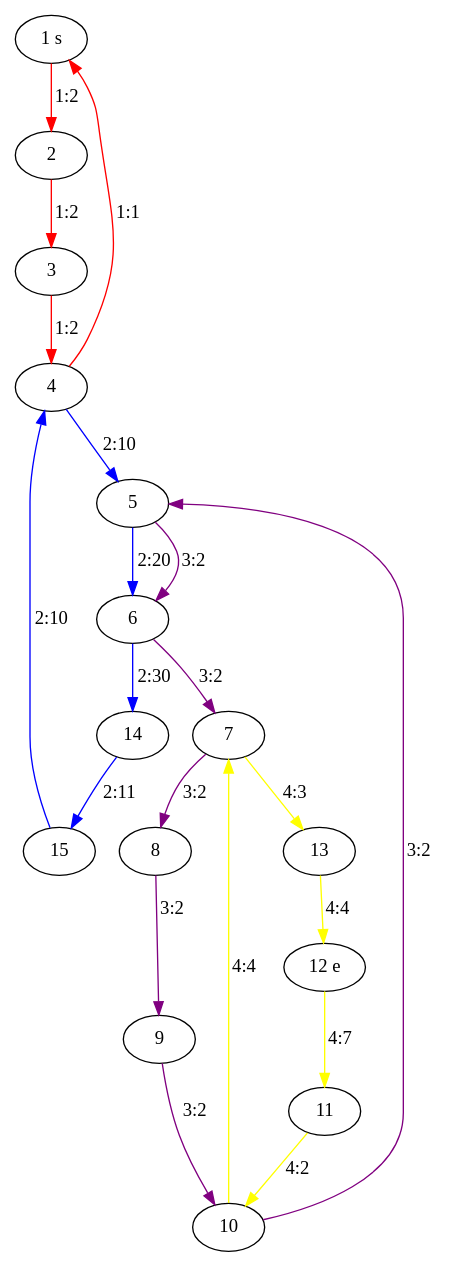
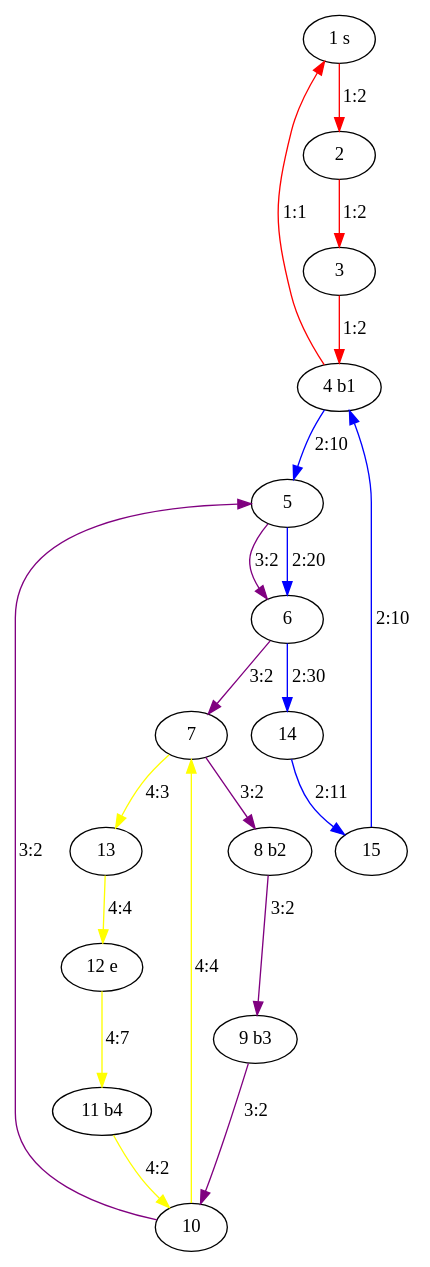
The diagram in instances/instance-10.gv (iagorrr/PDDL-joao-and-the-bus-domain), drawn with Graphviz before and after one commit. The commit also changed 21 other files, not shown here.

```diff
--- a/instances/instance-10.gv
+++ b/instances/instance-10.gv
@@ -1,37 +1,37 @@
 digraph "instance-10" {
 	1 [label="1 s"]
 	12 [label="12 e"]
+	4 [label="4 b1"]
+	8 [label="8 b2"]
+	9 [label="9 b3"]
+	11 [label="11 b4"]
 	2 [label=2]
 	1 -> 2 [label="1:2" color=red weight=2]
 	3 [label=3]
 	2 -> 3 [label="1:2" color=red weight=2]
-	4 [label=4]
 	3 -> 4 [label="1:2" color=red weight=2]
 	4 -> 1 [label="1:1" color=red weight=1]
 	15 [label=15]
 	15 -> 4 [label="2:10" color=blue weight=10]
 	5 [label=5]
 	4 -> 5 [label="2:10" color=blue weight=10]
 	6 [label=6]
 	5 -> 6 [label="2:20" color=blue weight=20]
 	14 [label=14]
 	6 -> 14 [label="2:30" color=blue weight=30]
 	14 -> 15 [label="2:11" color=blue weight=11]
-	9 [label=9]
 	10 [label=10]
 	9 -> 10 [label="3:2" color=purple weight=2]
 	10 -> 5 [label="3:2" color=purple weight=2]
 	5 -> 6 [label="3:2" color=purple weight=2]
 	7 [label=7]
 	6 -> 7 [label="3:2" color=purple weight=2]
-	8 [label=8]
 	7 -> 8 [label="3:2" color=purple weight=2]
 	8 -> 9 [label="3:2" color=purple weight=2]
-	11 [label=11]
 	11 -> 10 [label="4:2" color=yellow weight=2]
 	10 -> 7 [label="4:4" color=yellow weight=4]
 	13 [label=13]
 	7 -> 13 [label="4:3" color=yellow weight=3]
 	13 -> 12 [label="4:4" color=yellow weight=4]
 	12 -> 11 [label="4:7" color=yellow weight=7]
 }
```
